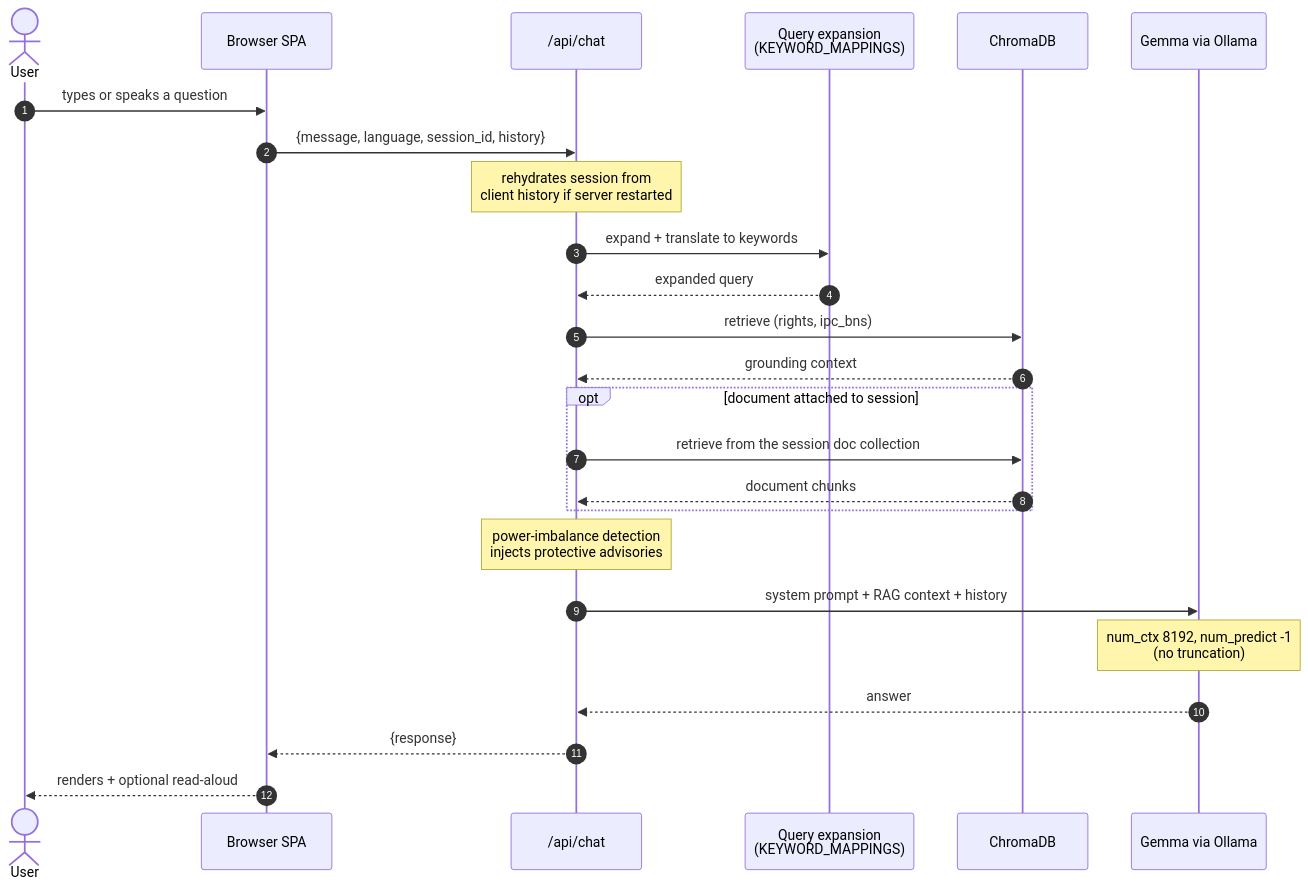
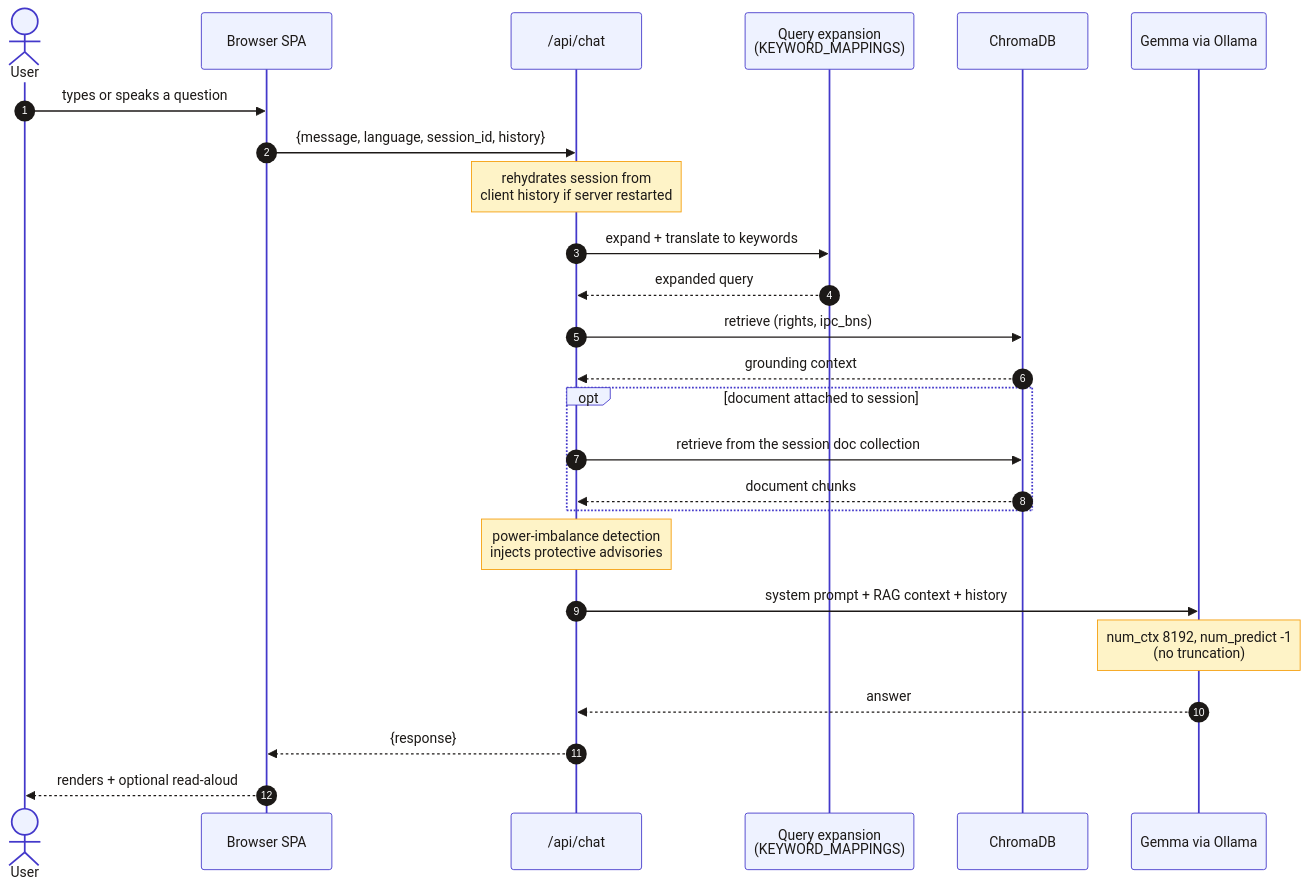
One commit to MAsTeRlssPd/AdhiKaar changed the fourth of 9 diagrams in docs/ARCHITECTURE.md. Above: the diagram before and after it, drawn with Mermaid. The commit also changed other lines of this file and 1 other file, not shown here.

First line of the commit message:
Fix mermaid diagram contrast in GitHub light and dark mode

````diff
--- a/docs/ARCHITECTURE.md
+++ b/docs/ARCHITECTURE.md
@@ -280,28 +283,29 @@
 ```mermaid
+%%{init: {'theme':'base','themeVariables':{'background':'#FFFFFF','primaryColor':'#EEF2FF','primaryTextColor':'#1C1917','primaryBorderColor':'#4338CA','secondaryColor':'#FAF9F6','tertiaryColor':'#FFFFFF','lineColor':'#57534E','textColor':'#1C1917','mainBkg':'#FFFFFF','nodeBorder':'#4338CA','clusterBkg':'#FFFFFF','clusterBorder':'#4338CA','edgeLabelBackground':'#FFFFFF','actorBkg':'#EEF2FF','actorTextColor':'#1C1917','actorBorder':'#4338CA','signalColor':'#1C1917','signalTextColor':'#1C1917','noteBkgColor':'#FEF3C7','noteTextColor':'#1C1917','noteBorderColor':'#F59E0B','labelBoxBkgColor':'#EEF2FF','labelTextColor':'#1C1917','sequenceNumberColor':'#FFFFFF'}}}%%
 sequenceDiagram
     autonumber
     actor U as User
     participant SPA as Browser SPA
     participant API as /api/chat
     participant EXP as Query expansion<br/>(KEYWORD_MAPPINGS)
     participant DB as ChromaDB
     participant G as Gemma via Ollama
 
     U->>SPA: types or speaks a question
     SPA->>API: {message, language, session_id, history}
     Note over API: rehydrates session from<br/>client history if server restarted
     API->>EXP: expand + translate to keywords
     EXP-->>API: expanded query
     API->>DB: retrieve (rights, ipc_bns)
     DB-->>API: grounding context
     opt document attached to session
         API->>DB: retrieve from the session doc collection
         DB-->>API: document chunks
     end
     Note over API: power-imbalance detection<br/>injects protective advisories
     API->>G: system prompt + RAG context + history
     Note over G: num_ctx 8192, num_predict -1<br/>(no truncation)
     G-->>API: answer
     API-->>SPA: {response}
     SPA-->>U: renders + optional read-aloud
 ```
````
